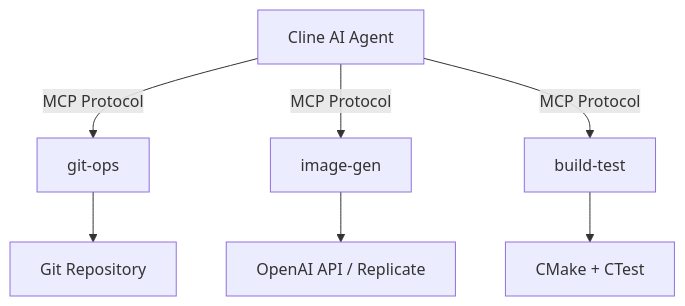
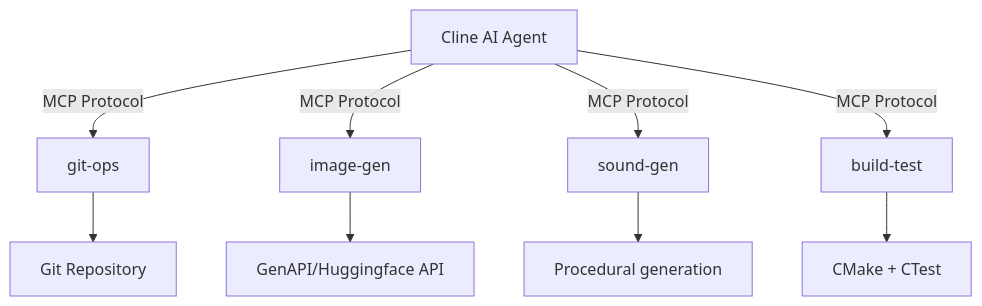
Before and after one commit to ann4ann/SFML-game-AI: the second of 4 diagrams in docs/AI_WORKFLOW.md, drawn with Mermaid. The commit also changed other lines of this file and 8 other files, not shown here.

````diff
--- a/docs/AI_WORKFLOW.md
+++ b/docs/AI_WORKFLOW.md
@@ -67,9 +69,12 @@
 ```mermaid
 graph TD
     A[Cline AI Agent] -->|MCP Protocol| B[git-ops]
     A -->|MCP Protocol| C[image-gen]
-    A -->|MCP Protocol| D[build-test]
-    B --> E[Git Repository]
-    C --> F[OpenAI API / Replicate]
-    D --> G[CMake + CTest]
+    A -->|MCP Protocol| D[sound-gen]
+    A -->|MCP Protocol| E[build-test]
+    B --> F[Git Repository]
+    C --> G[GenAPI/Huggingface API]
+    D --> H[Procedural generation]
+    E --> I[CMake + CTest]
+
 ```
````
